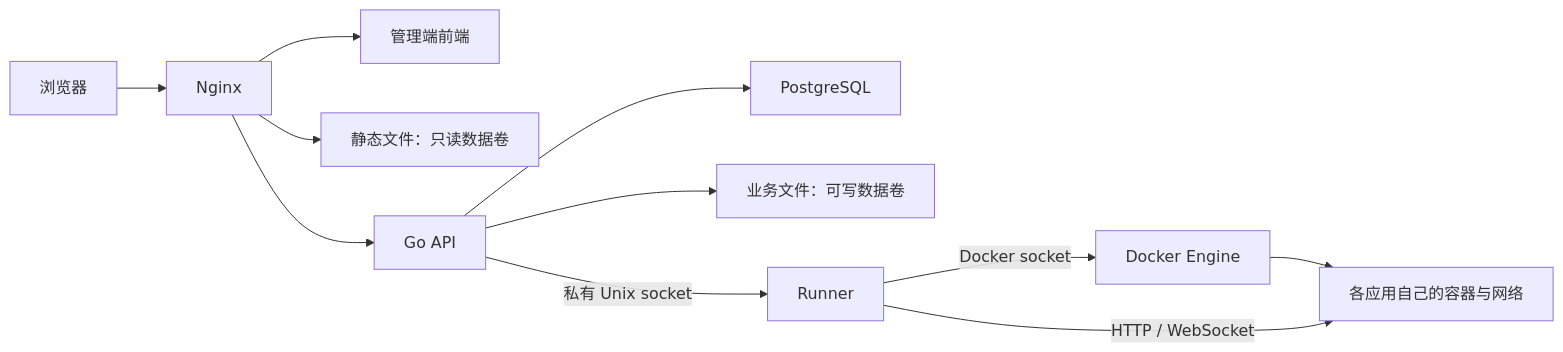
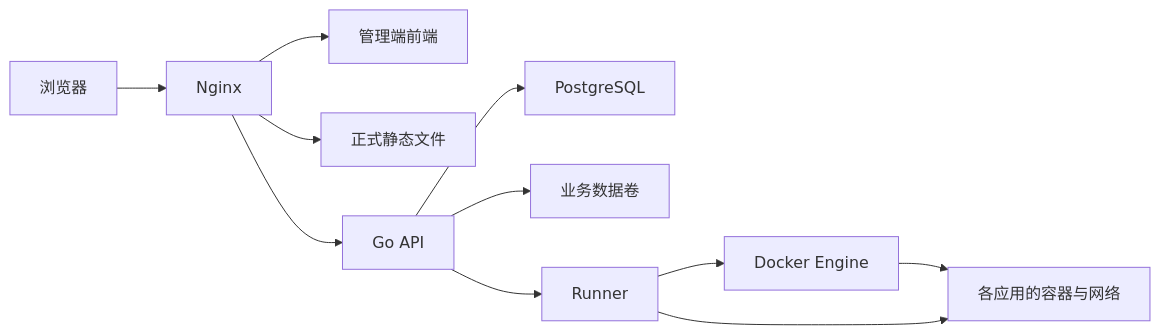
Before and after one commit to zby909/stack-nest-server: the diagram in docs/ARCHITECTURE.md, drawn with Mermaid. The commit also changed other lines of this file and 25 other files, not shown here.

````diff
--- a/docs/ARCHITECTURE.md
+++ b/docs/ARCHITECTURE.md
@@ -17,13 +17,13 @@
 ```mermaid
 flowchart LR
-    B["浏览器"] --> N["Nginx"]
-    N --> W["管理端前端"]
-    N --> D["静态文件：只读数据卷"]
-    N --> G["Go API"]
-    G --> P["PostgreSQL"]
-    G --> S["业务文件：可写数据卷"]
-    G -->|"私有 Unix socket"| R["Runner"]
-    R -->|"Docker socket"| E["Docker Engine"]
-    E --> A["各应用自己的容器与网络"]
-    R -->|"HTTP / WebSocket"| A
+    Browser["浏览器"] --> Nginx["Nginx"]
+    Nginx --> Web["管理端前端"]
+    Nginx --> Static["正式静态文件"]
+    Nginx --> API["Go API"]
+    API --> DB["PostgreSQL"]
+    API --> Data["业务数据卷"]
+    API --> Runner["Runner"]
+    Runner --> Docker["Docker Engine"]
+    Docker --> Apps["各应用的容器与网络"]
+    Runner --> Apps
 ```
````
